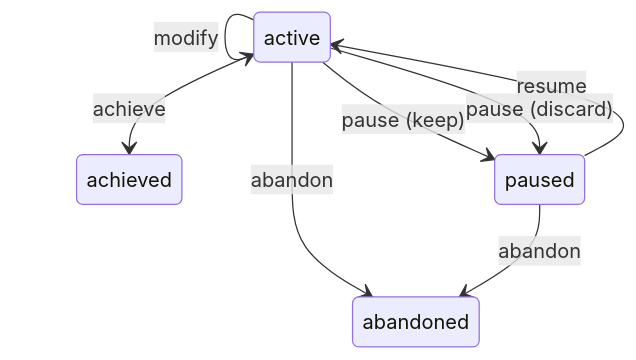
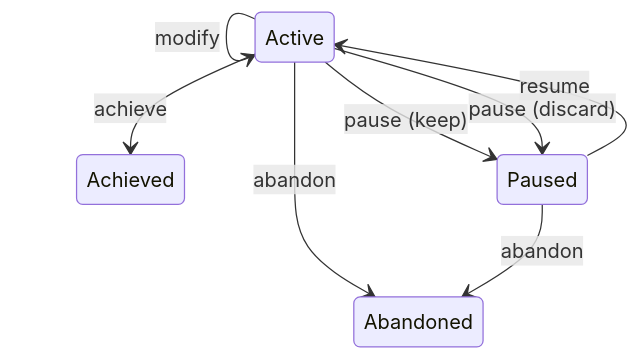
The diagram in docs/ledger.md (Aquilo-Solution-S/Proxiima), drawn with Mermaid before and after one commit. The commit also changed other lines of this file and 1 other file, not shown here.

````diff
--- a/docs/ledger.md
+++ b/docs/ledger.md
@@ -197,11 +197,15 @@
 ```mermaid
 stateDiagram-v2
-  active --> active : decompose
-  active --> active : modify
-  active --> paused : pause (keep)
-  active --> paused : pause (discard)
-  active --> achieved : achieve
-  active --> abandoned : abandon
-  paused --> active : resume
-  paused --> abandoned : abandon
+  state "Active" as s0
+  state "Paused" as s1
+  state "Achieved" as s2
+  state "Abandoned" as s3
+  s0 --> s0 : decompose
+  s0 --> s0 : modify
+  s0 --> s1 : pause (keep)
+  s0 --> s1 : pause (discard)
+  s0 --> s2 : achieve
+  s0 --> s3 : abandon
+  s1 --> s0 : resume
+  s1 --> s3 : abandon
 ```
````
